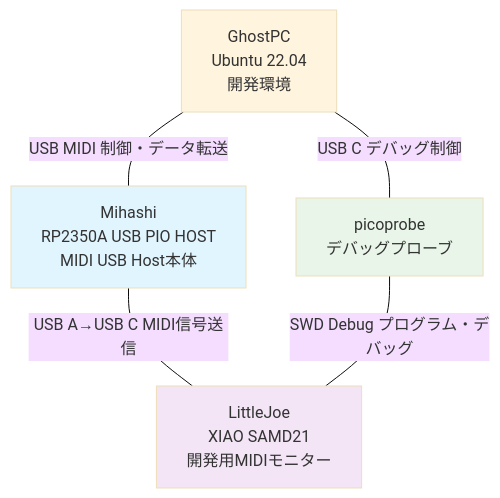
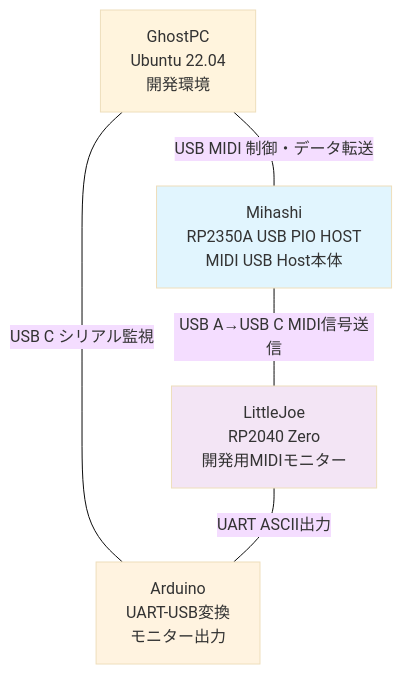
One commit to kurogedelic/Mihashi changed the diagram in README.md. Above: the diagram before and after it, drawn with Mermaid (base theme). The commit also changed other lines of this file and 2 other files, not shown here.

First line of the commit message:
Simplify system architecture: Remove picoprobe, add Arduino UART bridge

````diff
--- a/README.md
+++ b/README.md
@@ -9,16 +9,16 @@
 ```mermaid
 graph TD
     A[GhostPC<br/>Ubuntu 22.04<br/>開発環境]
     B[Mihashi<br/>RP2350A USB PIO HOST<br/>MIDI USB Host本体]
-    C[LittleJoe<br/>XIAO SAMD21<br/>開発用MIDIモニター]
-    D[picoprobe<br/>デバッグプローブ]
+    C[LittleJoe<br/>RP2040 Zero<br/>開発用MIDIモニター]
+    D[Arduino<br/>UART-USB変換<br/>モニター出力]
     
     A ---|USB MIDI 制御・データ転送| B
-    A ---|USB C デバッグ制御| D
+    A ---|USB C シリアル監視| D
     B ---|USB A→USB C MIDI信号送信| C
-    D ---|SWD Debug プログラム・デバッグ| C
+    C ---|UART ASCII出力| D
     
     style B fill:#e1f5fe
     style C fill:#f3e5f5
-    style D fill:#e8f5e8
+    style D fill:#fff3e0
 ```
````
